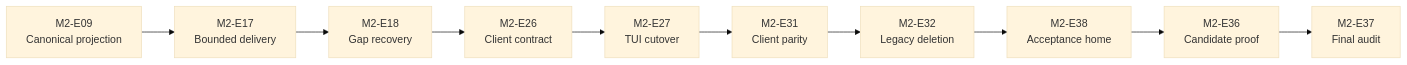
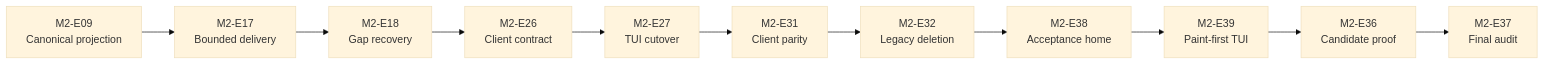
Before and after one commit to agentjido/jido_console: the diagram in roadmap/milestones/02-ship-supervised-session-plane/milestone.md, drawn with Mermaid (base theme). The commit also changed other lines of this file and 13 other files, not shown here.

Commit message:
fix: restore paint-first packaged TUI (jido_console-xou)

````diff
--- a/roadmap/milestones/02-ship-supervised-session-plane/milestone.md
+++ b/roadmap/milestones/02-ship-supervised-session-plane/milestone.md
@@ -90,12 +94,13 @@
 ```mermaid
 flowchart LR
     E09["M2-E09<br/>Canonical projection"] --> E17["M2-E17<br/>Bounded delivery"]
     E17 --> E18["M2-E18<br/>Gap recovery"]
     E18 --> E26["M2-E26<br/>Client contract"]
     E26 --> E27["M2-E27<br/>TUI cutover"]
     E27 --> E31["M2-E31<br/>Client parity"]
     E31 --> E32["M2-E32<br/>Legacy deletion"]
     E32 --> E38["M2-E38<br/>Acceptance home"]
-    E38 --> E36["M2-E36<br/>Candidate proof"]
+    E38 --> E39["M2-E39<br/>Paint-first TUI"]
+    E39 --> E36["M2-E36<br/>Candidate proof"]
     E36 --> E37["M2-E37<br/>Final audit"]
 ```
````
